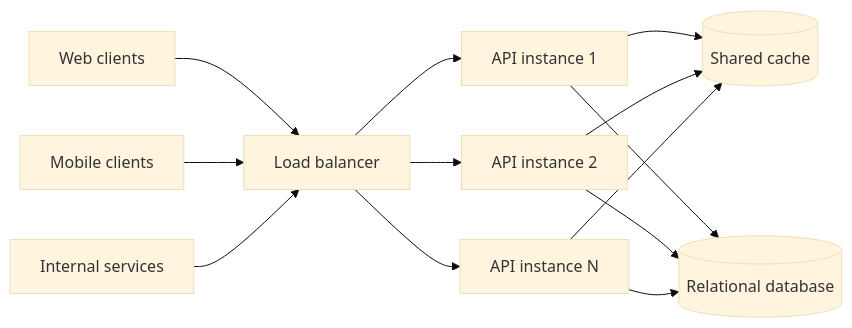
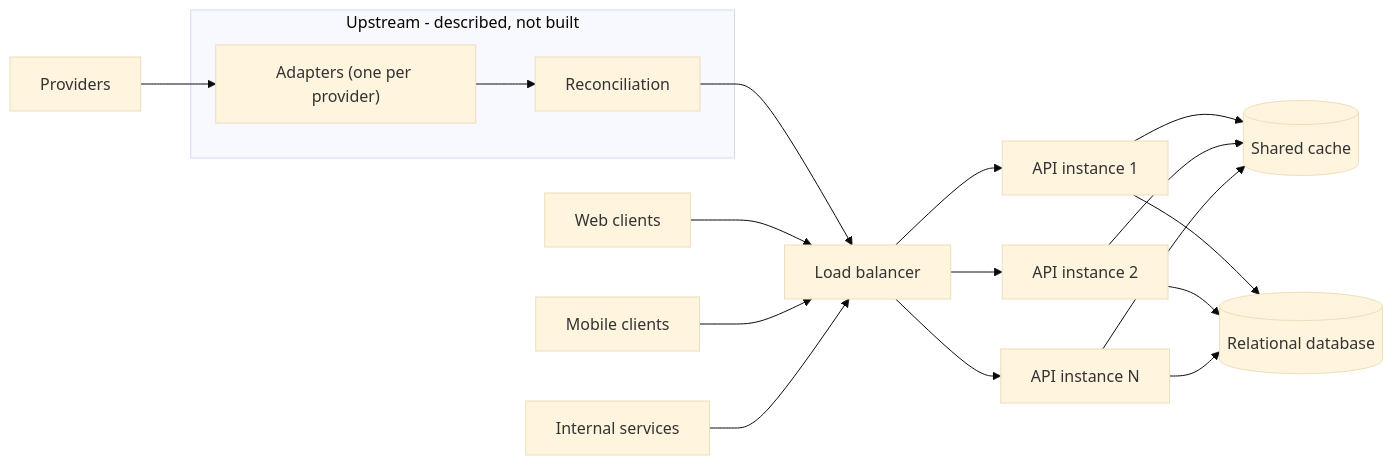
The first of 5 diagrams in docs/system-design.md (DPostnik/sports-event-platform), drawn with Mermaid (base theme) before and after one commit. The commit also changed other lines of this file and 1 other file, not shown here.

Commit message:
Place adapters and reconciliation upstream, add exact-duplicate guard (ADR-0008)

````diff
--- a/docs/system-design.md
+++ b/docs/system-design.md
@@ -13,15 +13,20 @@
 ```mermaid
 flowchart LR
+    Providers[Providers] --> Adapters
+    subgraph Upstream["Upstream - described, not built"]
+        Adapters["Adapters (one per provider)"] --> Recon[Reconciliation]
+    end
+    Recon --> LB
     Web[Web clients] --> LB[Load balancer]
     Mobile[Mobile clients] --> LB
     Internal[Internal services] --> LB
     LB --> API1[API instance 1]
     LB --> API2[API instance 2]
     LB --> APIN[API instance N]
     API1 --> Cache[("Shared cache")]
     API2 --> Cache
     APIN --> Cache
     API1 --> DB[("Relational database")]
     API2 --> DB
     APIN --> DB
 ```
````
